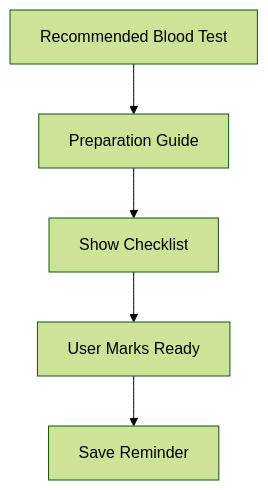
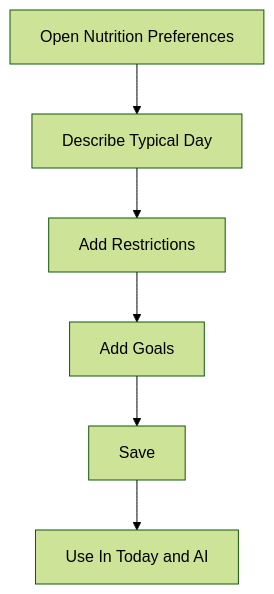
The eighth of 20 diagrams in docs/USER_FLOW.md (Yaroslavkukin/HealthCoach), drawn with Mermaid (forest theme) before and after one commit. The commit also changed other lines of this file and 20 other files, not shown here.

````diff
--- a/docs/USER_FLOW.md
+++ b/docs/USER_FLOW.md
@@ -540,7 +309,8 @@
 ```mermaid
 flowchart TD
-    A[Recommended Blood Test] --> B[Preparation Guide]
-    B --> C[Show Checklist]
-    C --> D[User Marks Ready]
-    D --> E[Save Reminder]
+    A[Open Nutrition Preferences] --> B[Describe Typical Day]
+    B --> C[Add Restrictions]
+    C --> D[Add Goals]
+    D --> E[Save]
+    E --> F[Use In Today and AI]
 ```
````
